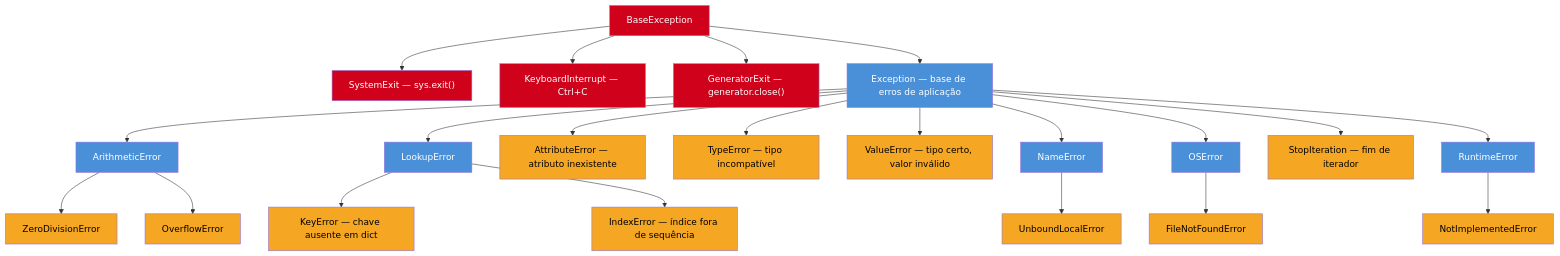
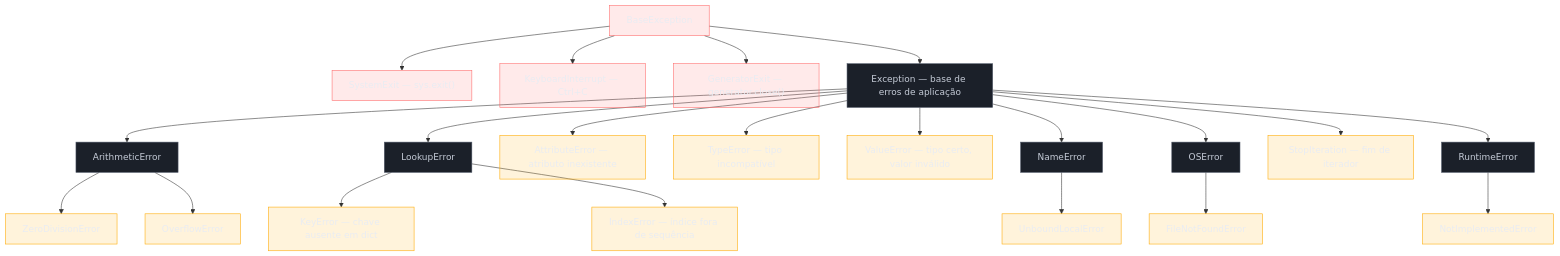
One commit to josenaldo/codex-technomanticus changed the second of 2 diagrams in 03-Dominios/Tecnologia/Python/Core/08 - Erros e exceções.md. Above: the diagram before and after it, drawn with Mermaid. The commit also changed other lines of this file and 1181 other files, not shown here.

First line of the commit message:
fix(diagramas): paleta do sistema no lugar de cor cravada no markdown

````diff
--- a/03-Dominios/Tecnologia/Python/Core/08 - Erros e exceções.md
+++ b/03-Dominios/Tecnologia/Python/Core/08 - Erros e exceções.md
@@ -190,48 +193,51 @@
 ```mermaid
 flowchart TB
+    classDef falha fill:#FF6B6B24,stroke:#FF6B6B,color:#E9ECF2
+    classDef neutro fill:#1B2029,stroke:#4E5666,color:#C6CCD8
+    classDef destaque fill:#FFAA0024,stroke:#FFAA00,color:#E9ECF2
     BE["BaseException"] --> SE["SystemExit — sys.exit()"]
     BE --> KI["KeyboardInterrupt — Ctrl+C"]
     BE --> GE["GeneratorExit — generator.close()"]
     BE --> EXC["Exception — base de erros de aplicação"]
 
     EXC --> AE["ArithmeticError"]
     AE --> ZDE["ZeroDivisionError"]
     AE --> OFE["OverflowError"]
 
     EXC --> LE["LookupError"]
     LE --> KE["KeyError — chave ausente em dict"]
     LE --> IE["IndexError — índice fora de sequência"]
 
     EXC --> ATE["AttributeError — atributo inexistente"]
     EXC --> TE["TypeError — tipo incompatível"]
     EXC --> VE["ValueError — tipo certo, valor inválido"]
     EXC --> NE["NameError"]
     NE --> ULE["UnboundLocalError"]
     EXC --> OSE["OSError"]
     OSE --> FNF["FileNotFoundError"]
     EXC --> SI["StopIteration — fim de iterador"]
     EXC --> RE["RuntimeError"]
     RE --> NIE["NotImplementedError"]
 
-    style BE fill:#D0021B,color:#fff
-    style SE fill:#D0021B,color:#fff
-    style KI fill:#D0021B,color:#fff
-    style GE fill:#D0021B,color:#fff
-    style EXC fill:#4A90D9,color:#fff
-    style LE fill:#4A90D9,color:#fff
-    style KE fill:#F5A623,color:#000
-    style IE fill:#F5A623,color:#000
-    style ATE fill:#F5A623,color:#000
-    style TE fill:#F5A623,color:#000
-    style VE fill:#F5A623,color:#000
-    style AE fill:#4A90D9,color:#fff
-    style ZDE fill:#F5A623,color:#000
-    style OFE fill:#F5A623,color:#000
-    style NE fill:#4A90D9,color:#fff
-    style ULE fill:#F5A623,color:#000
-    style OSE fill:#4A90D9,color:#fff
-    style FNF fill:#F5A623,color:#000
-    style SI fill:#F5A623,color:#000
-    style RE fill:#4A90D9,color:#fff
-    style NIE fill:#F5A623,color:#000
+    class BE falha
+    class SE falha
+    class KI falha
+    class GE falha
+    class EXC neutro
+    class LE neutro
+    class KE destaque
+    class IE destaque
+    class ATE destaque
+    class TE destaque
+    class VE destaque
+    class AE neutro
+    class ZDE destaque
+    class OFE destaque
+    class NE neutro
+    class ULE destaque
+    class OSE neutro
+    class FNF destaque
+    class SI destaque
+    class RE neutro
+    class NIE destaque
 ```
````
